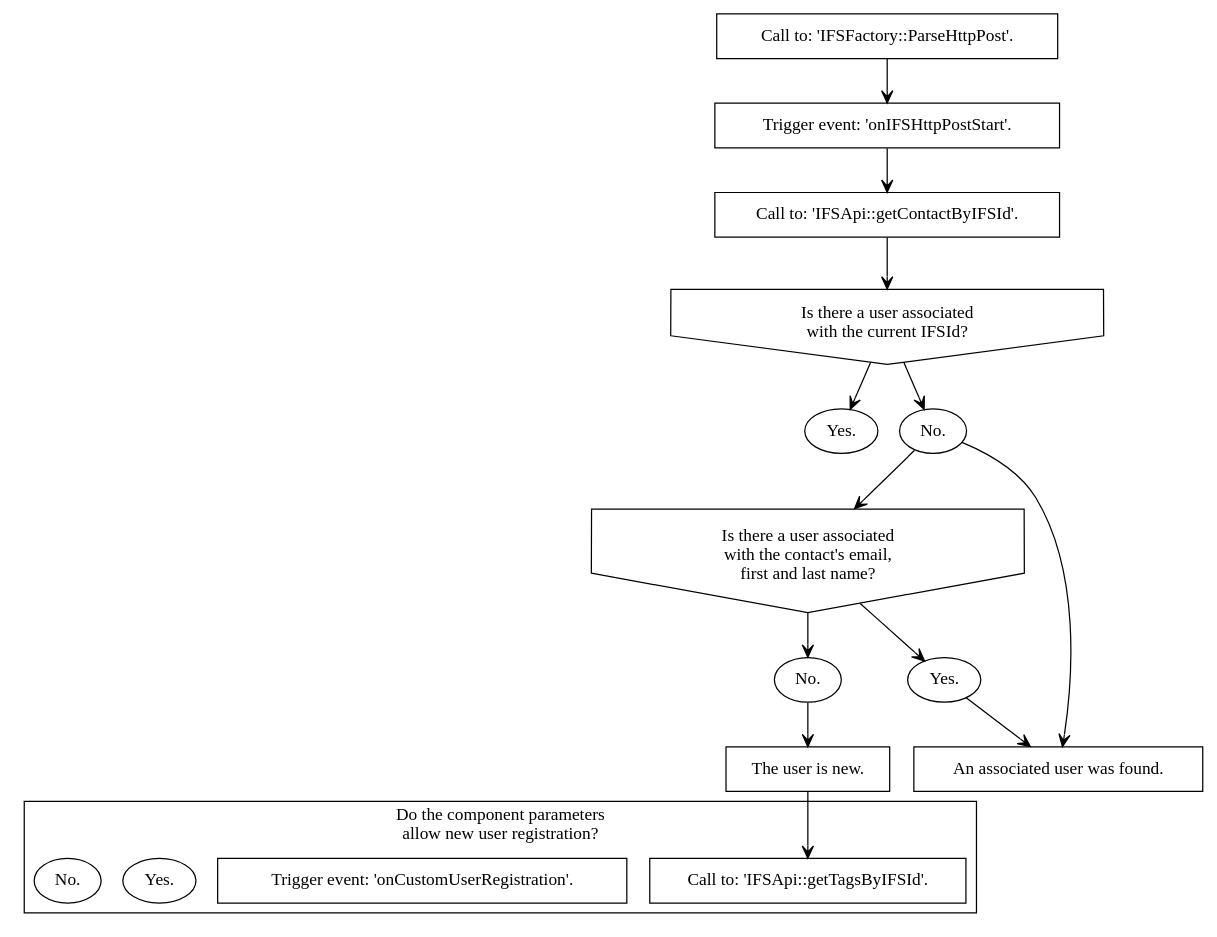
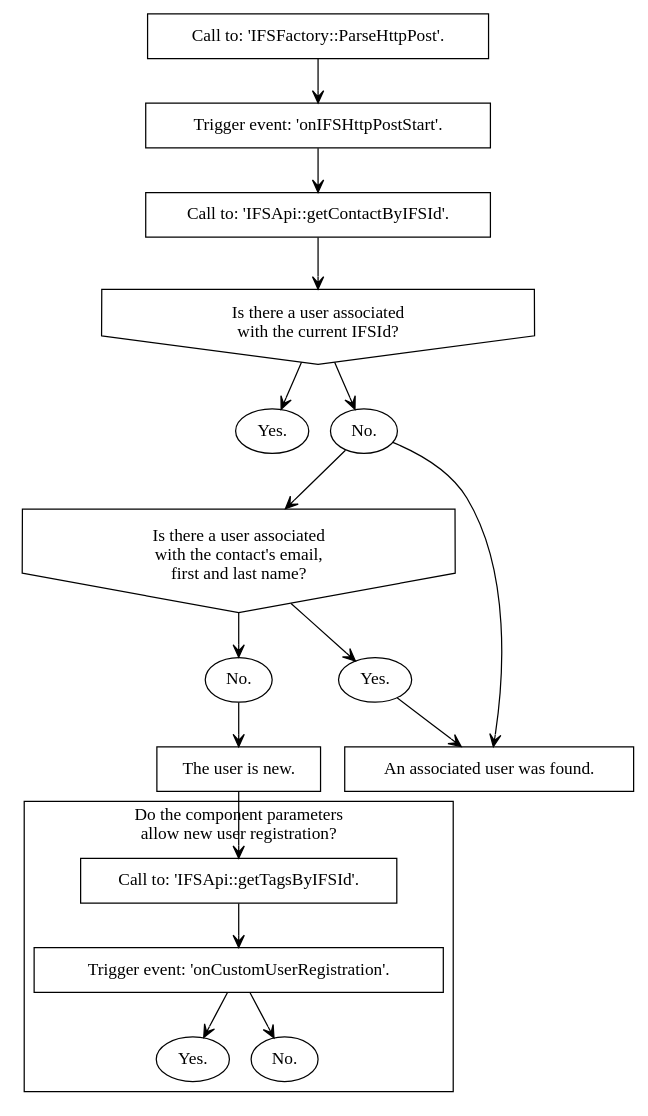
The diagram in docs/procedures/register_user.rst (treste91/JoomFuse), drawn with Graphviz before and after one commit.

```diff
--- a/docs/procedures/register_user.rst
+++ b/docs/procedures/register_user.rst
@@ -4,38 +4,41 @@
 .. graphviz::
 
    digraph {
    
       1 [label="Call to: 'IFSFactory::ParseHttpPost'." shape=rectangle]
       2 [label="Trigger event: 'onIFSHttpPostStart'." shape=rectangle]
       3 [label="Call to: 'IFSApi::getContactByIFSId'." shape=rectangle]
       4 [label="Is there a user associated\n with the current IFSId?" shape=invhouse]
       5 [label="Yes." shape=oval]
       6 [label="No." shape=oval]
       7 [label="Is there a user associated\n with the contact's email,\n first and last name?" shape=invhouse]
       8 [label="Yes." shape=oval]
       9 [label="An associated user was found." shape=rectangle]
       10 [label="No." shape=oval]
       11 [label="The user is new." shape=rectangle]
       
       subgraph cluster_1 {
          label="Do the component parameters\n allow new user registration?"
          12 [label="Call to: 'IFSApi::getTagsByIFSId'." shape=rectangle]
          13 [label="Trigger event: 'onCustomUserRegistration'." shape=rectangle]
          14 [label="Yes." shape=oval]
          15 [label="No." shape=oval]
       }
       
       
       1 -> 2 [arrowhead=vee arrowsize=1]
       2 -> 3 [arrowhead=vee arrowsize=1]
       3 -> 4 [arrowhead=vee arrowsize=1]
       4 -> 5 [arrowhead=vee arrowsize=1]
       4 -> 6 [arrowhead=vee arrowsize=1]
       6 -> 7 [arrowhead=vee arrowsize=1]
       7 -> 8 [arrowhead=vee arrowsize=1]
       8 -> 9 [arrowhead=vee arrowsize=1]
       6 -> 9 [arrowhead=vee arrowsize=1]
       7 -> 10 [arrowhead=vee arrowsize=1]
       10 -> 11 [arrowhead=vee arrowsize=1]
       11 -> 12 [arrowhead=vee arrowsize=1]
+      12 -> 13 [arrowhead=vee arrowsize=1]
+      13 -> 14 [arrowhead=vee arrowsize=1]
+      13 -> 15 [arrowhead=vee arrowsize=1]
    }
```
